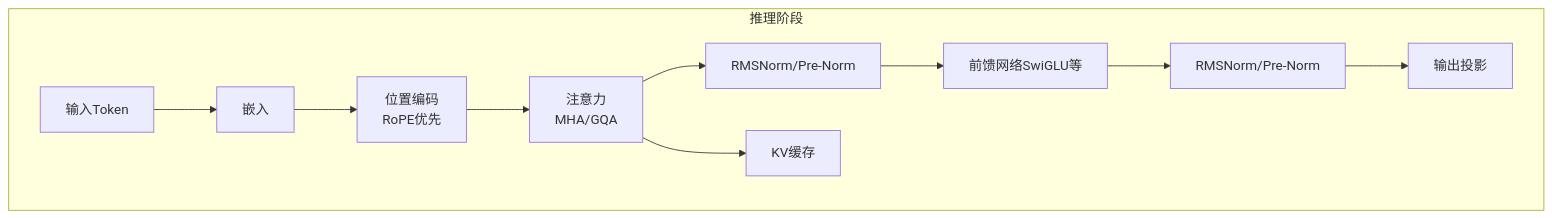
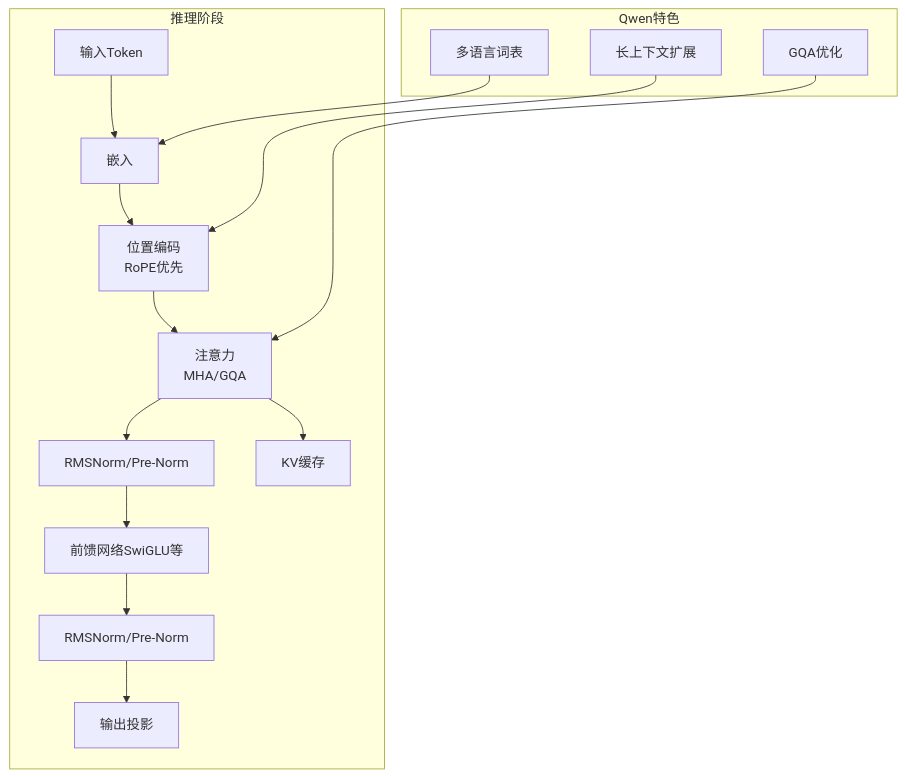
One commit to Mr-Yoje/llm_interview_note changed the second of 9 diagrams in .qoder/repowiki/zh/content/大语言模型架构/大语言模型架构.md. Above: the diagram before and after it, drawn with Mermaid. The commit also changed other lines of this file and 4 other files, not shown here.

First line of the commit message:
docs(architecture): 更新大语言模型架构与BERT详解

````diff
--- a/.qoder/repowiki/zh/content/大语言模型架构/大语言模型架构.md
+++ b/.qoder/repowiki/zh/content/大语言模型架构/大语言模型架构.md
@@ -100,13 +125,18 @@
 ```mermaid
 graph TB
 subgraph "推理阶段"
 X["输入Token"] --> Emb["嵌入"]
 Emb --> Pos["位置编码<br/>RoPE优先"]
 Pos --> Attn["注意力<br/>MHA/GQA"]
 Attn --> LN1["RMSNorm/Pre-Norm"]
 LN1 --> FFN["前馈网络SwiGLU等"]
 FFN --> LN2["RMSNorm/Pre-Norm"]
 LN2 --> Proj["输出投影"]
 Attn --> KV["KV缓存"]
 end
+subgraph "Qwen特色"
+QEmb["多语言词表"] --> Emb
+QPos["长上下文扩展"] --> Pos
+QKV["GQA优化"] --> Attn
+end
 ```
````
